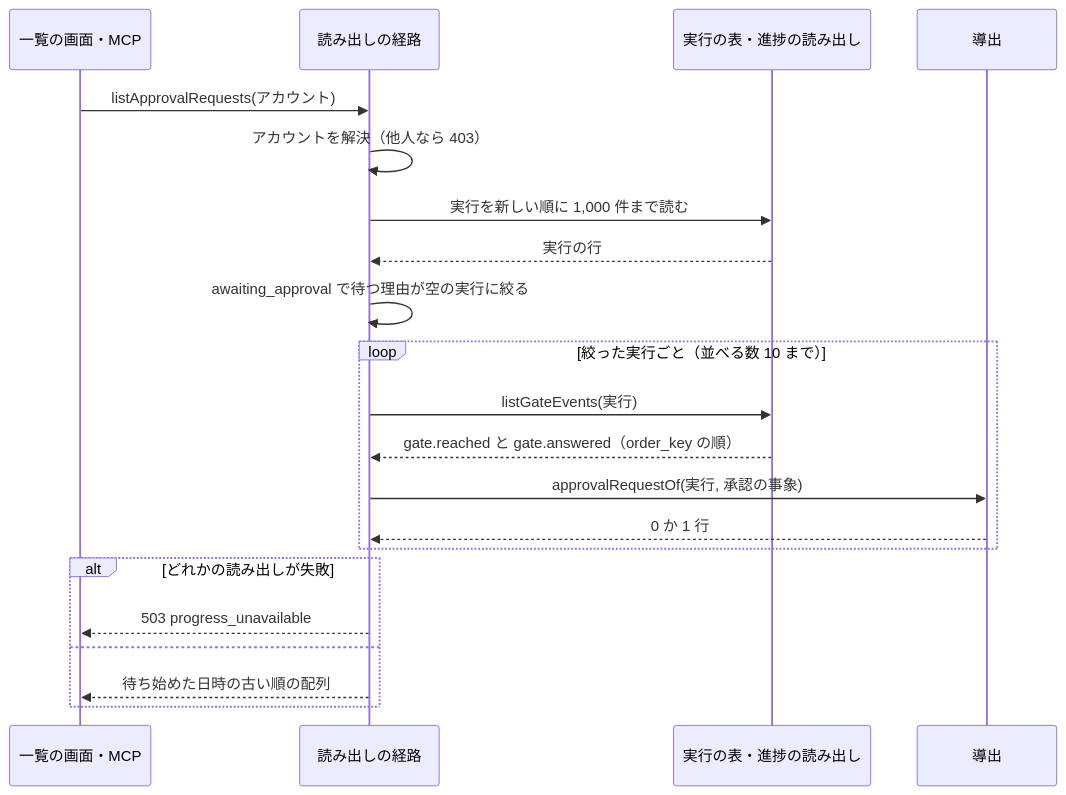
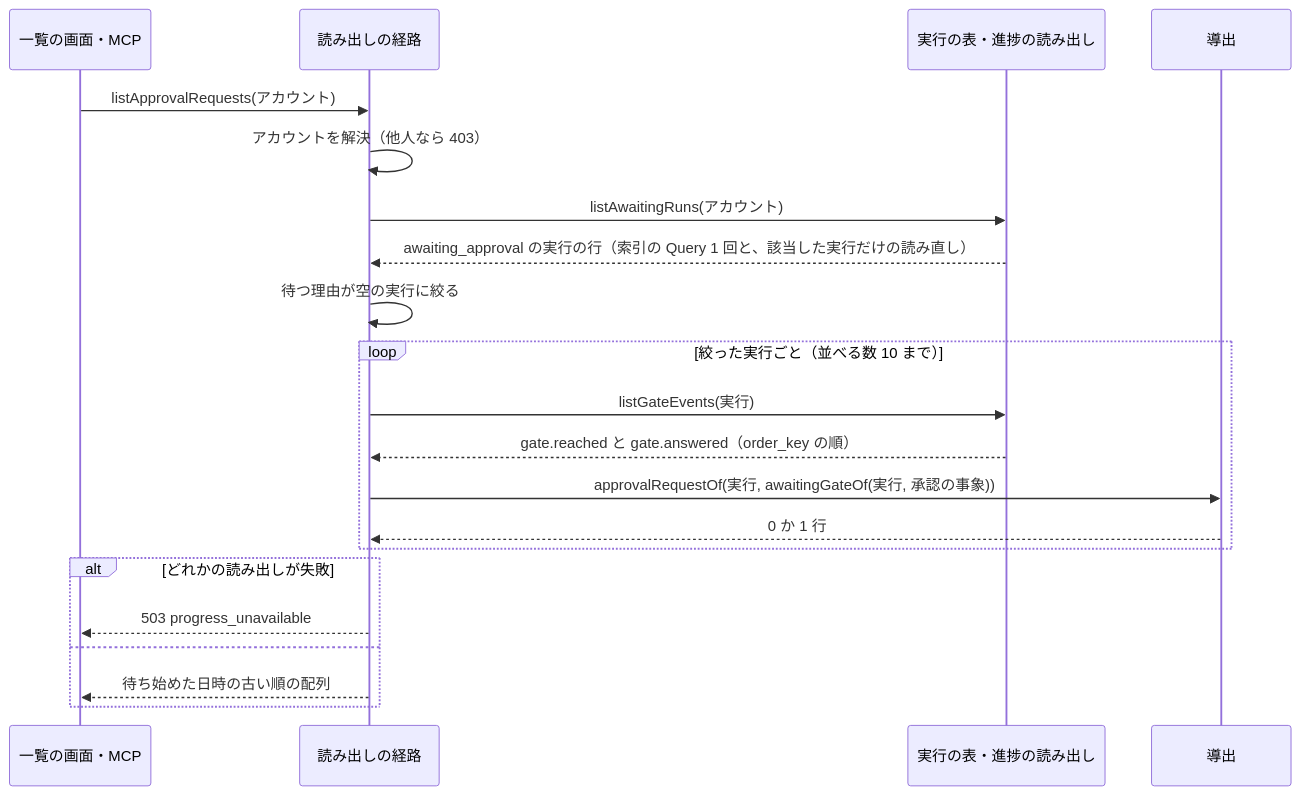
The sixth of 8 diagrams in issues/issue-2430-design.md (devbasex/ai-plugins), drawn with Mermaid before and after one commit. The commit also changed other lines of this file, not shown here.

````diff
--- a/issues/issue-2430-design.md
+++ b/issues/issue-2430-design.md
@@ -327,23 +334,23 @@
 ```mermaid
 sequenceDiagram
     participant 画面 as 一覧の画面・MCP
     participant 経路 as 読み出しの経路
     participant 保存 as 実行の表・進捗の読み出し
     participant 導出
     画面->>経路: listApprovalRequests(アカウント)
     経路->>経路: アカウントを解決（他人なら 403）
-    経路->>保存: 実行を新しい順に 1,000 件まで読む
-    保存-->>経路: 実行の行
-    経路->>経路: awaiting_approval で待つ理由が空の実行に絞る
+    経路->>保存: listAwaitingRuns(アカウント)
+    保存-->>経路: awaiting_approval の実行の行（索引の Query 1 回と、該当した実行だけの読み直し）
+    経路->>経路: 待つ理由が空の実行に絞る
     loop 絞った実行ごと（並べる数 10 まで）
         経路->>保存: listGateEvents(実行)
         保存-->>経路: gate.reached と gate.answered（order_key の順）
-        経路->>導出: approvalRequestOf(実行, 承認の事象)
+        経路->>導出: approvalRequestOf(実行, awaitingGateOf(実行, 承認の事象))
         導出-->>経路: 0 か 1 行
     end
     alt どれかの読み出しが失敗
         経路-->>画面: 503 progress_unavailable
     else
         経路-->>画面: 待ち始めた日時の古い順の配列
     end
 ```
````
